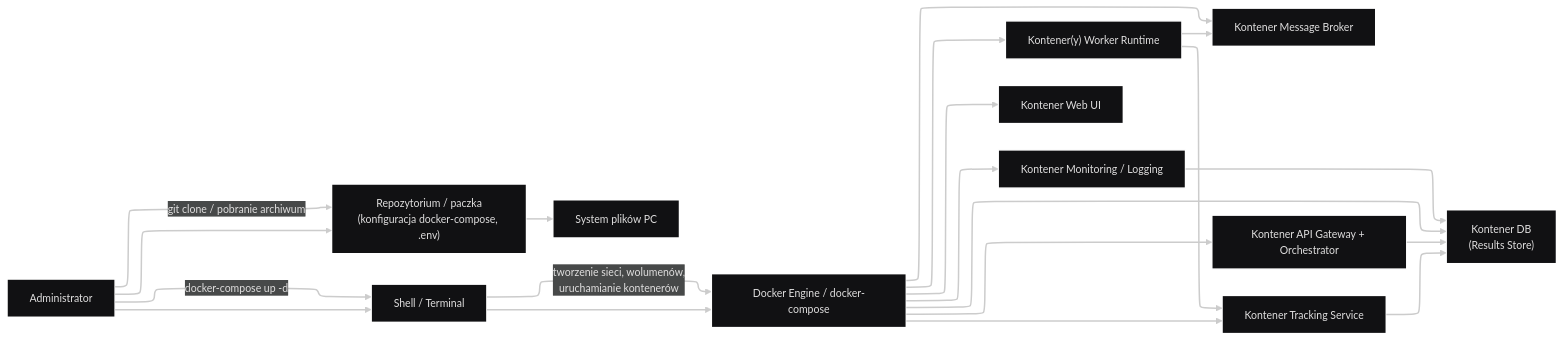
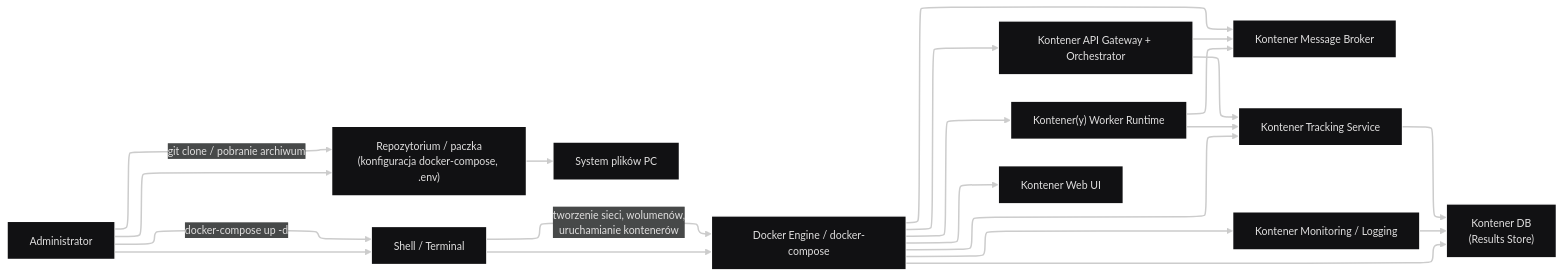
One commit to jedrzejpolaczek/aviarium.corvidae.corvus_corone changed diagram 23 of 34 in docs/system_c4_architecture.md. Above: the diagram before and after it, drawn with Mermaid. The commit also changed other lines of this file, not shown here.

Commit message:
docs: major update

````diff
--- a/docs/system_c4_architecture.md
+++ b/docs/system_c4_architecture.md
@@ -1833,19 +1833,32 @@
 ```mermaid
 ---
 config:
   theme: redux-dark
   layout: elk
 ---
 flowchart LR
     Admin["Administrator"] --> Repo["Repozytorium / paczka\n(konfiguracja docker-compose, .env)"] & Shell["Shell / Terminal"]
     Repo --> FS["System plików PC"]
     Shell --> Docker["Docker Engine / docker-compose"]
+
     Docker --> C_DB["Kontener DB\n(Results Store)"] & C_MB["Kontener Message Broker"] & C_API["Kontener API Gateway + Orchestrator"] & C_TRK["Kontener Tracking Service"] & C_W["Kontener(y) Worker Runtime"] & C_UI["Kontener Web UI"] & C_MON["Kontener Monitoring / Logging"]
-    C_API --> C_DB
+
+    %% POPRAWIONE POŁĄCZENIA
+    %% API/Orchestrator NIE łączy się z DB – tylko z usługami i brokerem
+    C_API --> C_TRK
+    C_API --> C_MB
+
+    %% Tracking Service rozmawia z DB – to on jest „frontem” do Results Store
     C_TRK --> C_DB
-    C_W --> C_MB & C_TRK
+
+    %% Workery gadają z brokerem i Trackingiem (logowanie runów)
+    C_W --> C_MB 
+    C_W --> C_TRK
+
+    %% Monitoring może czytać z DB (metryki, logi) – zostawiam jak było
     C_MON --> C_DB
+
     Admin -- git clone / pobranie archiwum --> Repo
     Admin -- "docker-compose up -d" --> Shell
     Shell -- tworzenie sieci, wolumenów,\nuruchamianie kontenerów --> Docker
 ```
````
